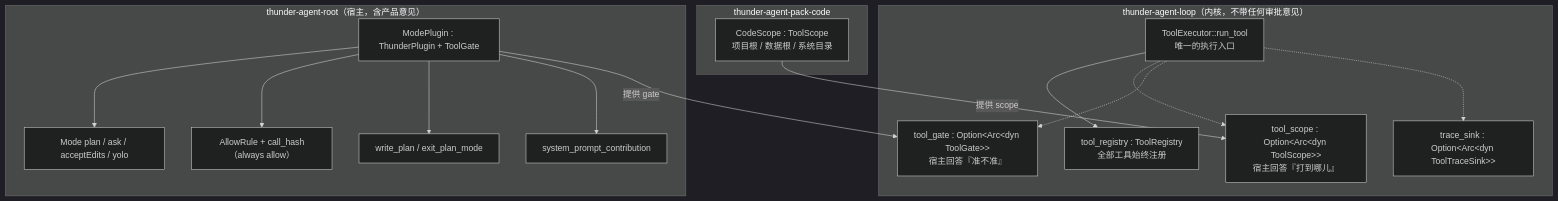
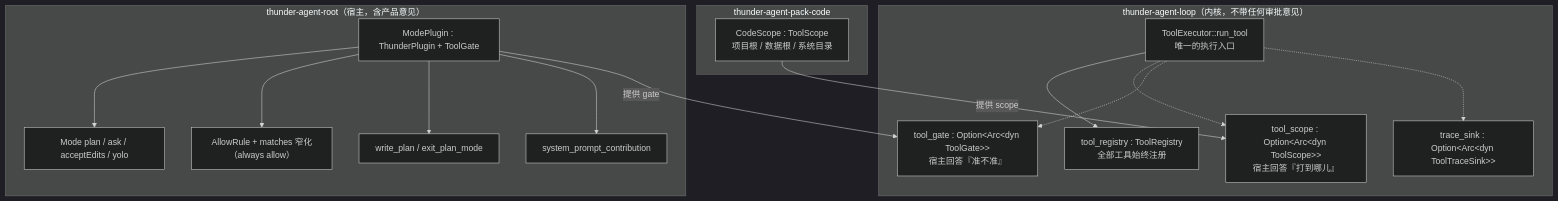
The first of 6 diagrams in docs/permission-structure.md (lucacicii/thunder), drawn with Mermaid (dark theme) before and after one commit. The commit also changed other lines of this file and 24 other files, not shown here.

````diff
--- a/docs/permission-structure.md
+++ b/docs/permission-structure.md
@@ -34,33 +34,33 @@
 ```mermaid
 flowchart TB
     subgraph KERNEL["thunder-agent-loop（内核，不带任何审批意见）"]
         REG["tool_registry : ToolRegistry<br/>全部工具始终注册"]
         SCOPE["tool_scope : Option&lt;Arc&lt;dyn ToolScope&gt;&gt;<br/>宿主回答『打到哪儿』"]
         GATE["tool_gate : Option&lt;Arc&lt;dyn ToolGate&gt;&gt;<br/>宿主回答『准不准』"]
         SINK["trace_sink : Option&lt;Arc&lt;dyn ToolTraceSink&gt;&gt;"]
         RUN["ToolExecutor::run_tool<br/>唯一的执行入口"]
         RUN --> REG
         RUN -.-> SCOPE
         RUN -.-> GATE
         RUN -.-> SINK
     end
 
     subgraph HOST["thunder-agent-root（宿主，含产品意见）"]
         MODE["ModePlugin : ThunderPlugin + ToolGate"]
         M1["Mode plan / ask / acceptEdits / yolo"]
-        M2["AllowRule + call_hash（always allow）"]
+        M2["AllowRule + matches 窄化（always allow）"]
         M3["write_plan / exit_plan_mode"]
         M4["system_prompt_contribution"]
         MODE --> M1
         MODE --> M2
         MODE --> M3
         MODE --> M4
     end
 
     subgraph PACK["thunder-agent-pack-code"]
         CS["CodeScope : ToolScope<br/>项目根 / 数据根 / 系统目录"]
     end
 
     MODE -->|"提供 gate"| GATE
     CS -->|"提供 scope"| SCOPE
 ```
````
